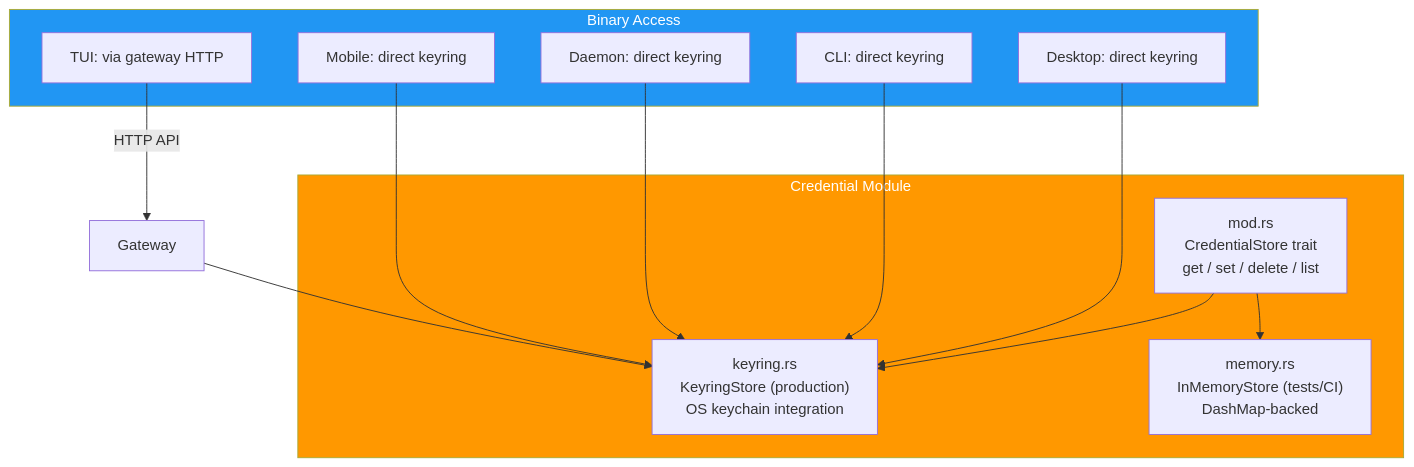
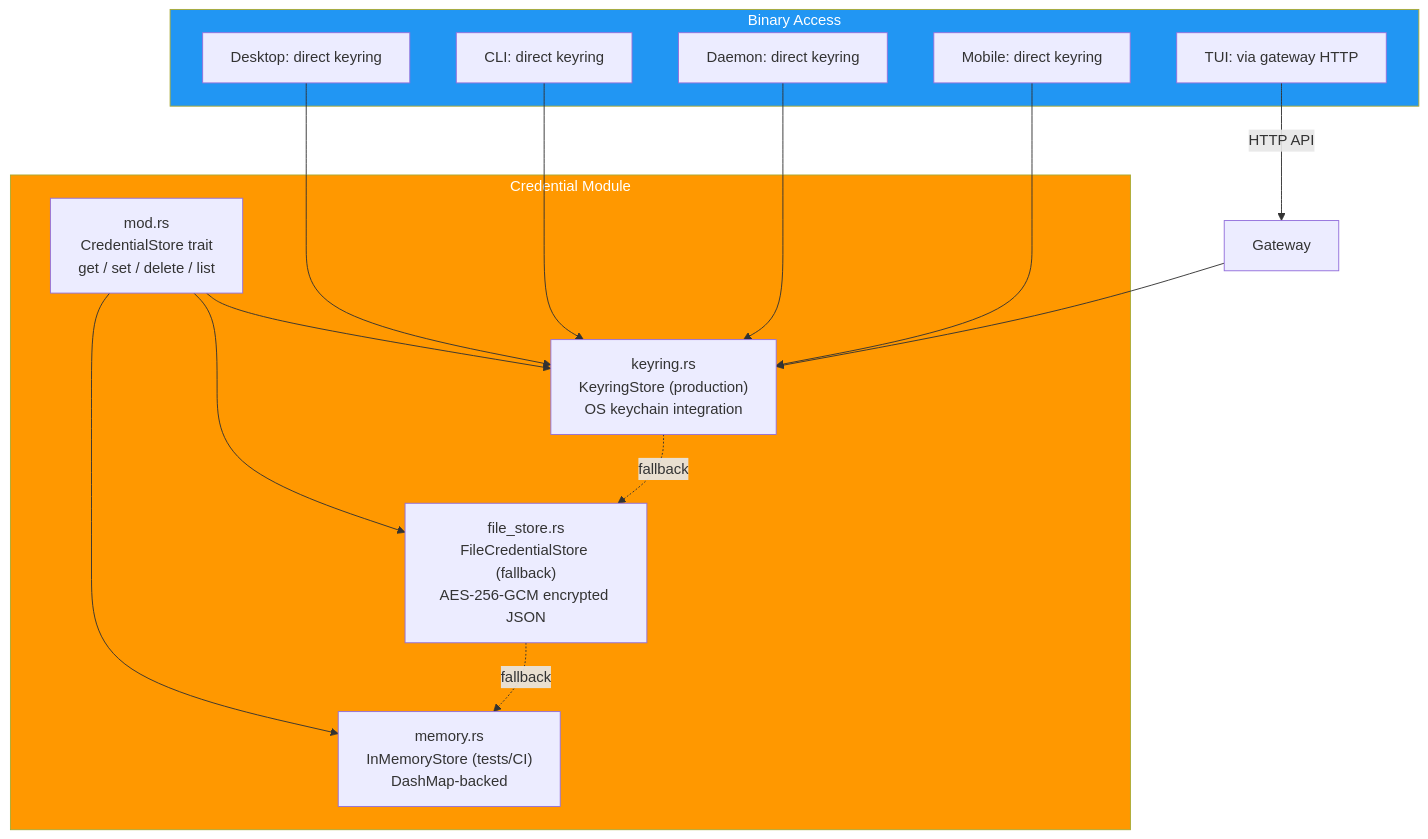
Before and after one commit to sprklai/mesoclaw: the sixth of 27 diagrams in docs-site/docs/architecture.md, drawn with Mermaid. The commit also changed other lines of this file and 8 other files, not shown here.

First line of the commit message:
docs: update docs-site with FileCredentialStore fallback chain

````diff
--- a/docs-site/docs/architecture.md
+++ b/docs-site/docs/architecture.md
@@ -356,28 +356,32 @@
 ```mermaid
 graph TB
     subgraph CredModule["Credential Module"]
         Mod["mod.rs<br>CredentialStore trait<br>get / set / delete / list"]
         KR["keyring.rs<br>KeyringStore #40;production#41;<br>OS keychain integration"]
+        FS["file_store.rs<br>FileCredentialStore #40;fallback#41;<br>AES-256-GCM encrypted JSON"]
         Mem["memory.rs<br>InMemoryStore #40;tests/CI#41;<br>DashMap-backed"]
     end
 
     subgraph BinaryAccess["Binary Access"]
         Desktop["Desktop: direct keyring"]
         CLI["CLI: direct keyring"]
         TUI["TUI: via gateway HTTP"]
         Daemon["Daemon: direct keyring"]
         Mobile["Mobile: direct keyring"]
     end
 
     Mod --> KR
+    Mod --> FS
     Mod --> Mem
+    KR -.->|fallback| FS
+    FS -.->|fallback| Mem
     Desktop --> KR
     CLI --> KR
     Daemon --> KR
     Mobile --> KR
     TUI -->|HTTP API| GW["Gateway"]
     GW --> KR
 
     style CredModule fill:#FF9800,color:#fff
     style BinaryAccess fill:#2196F3,color:#fff
 ```
````
